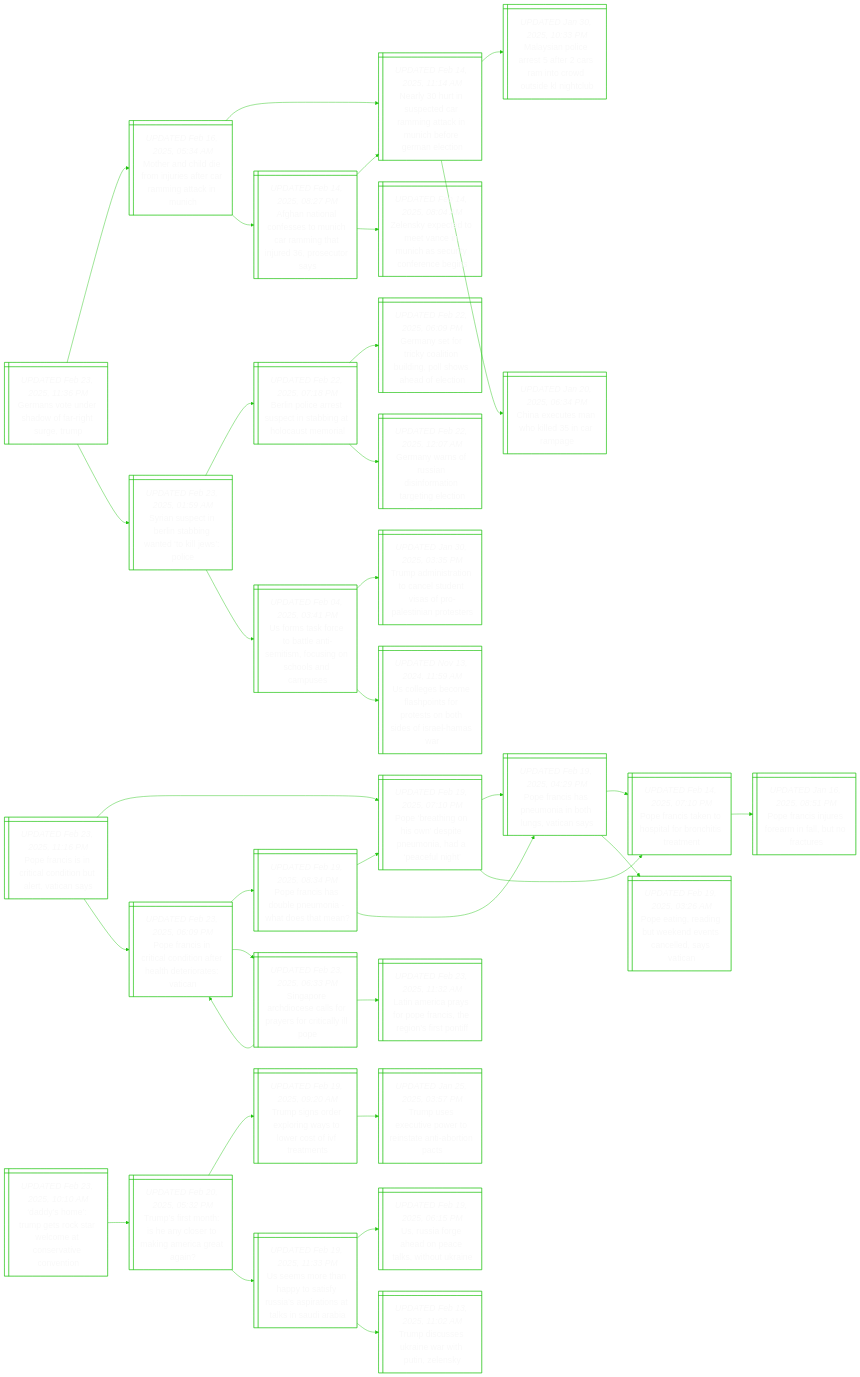
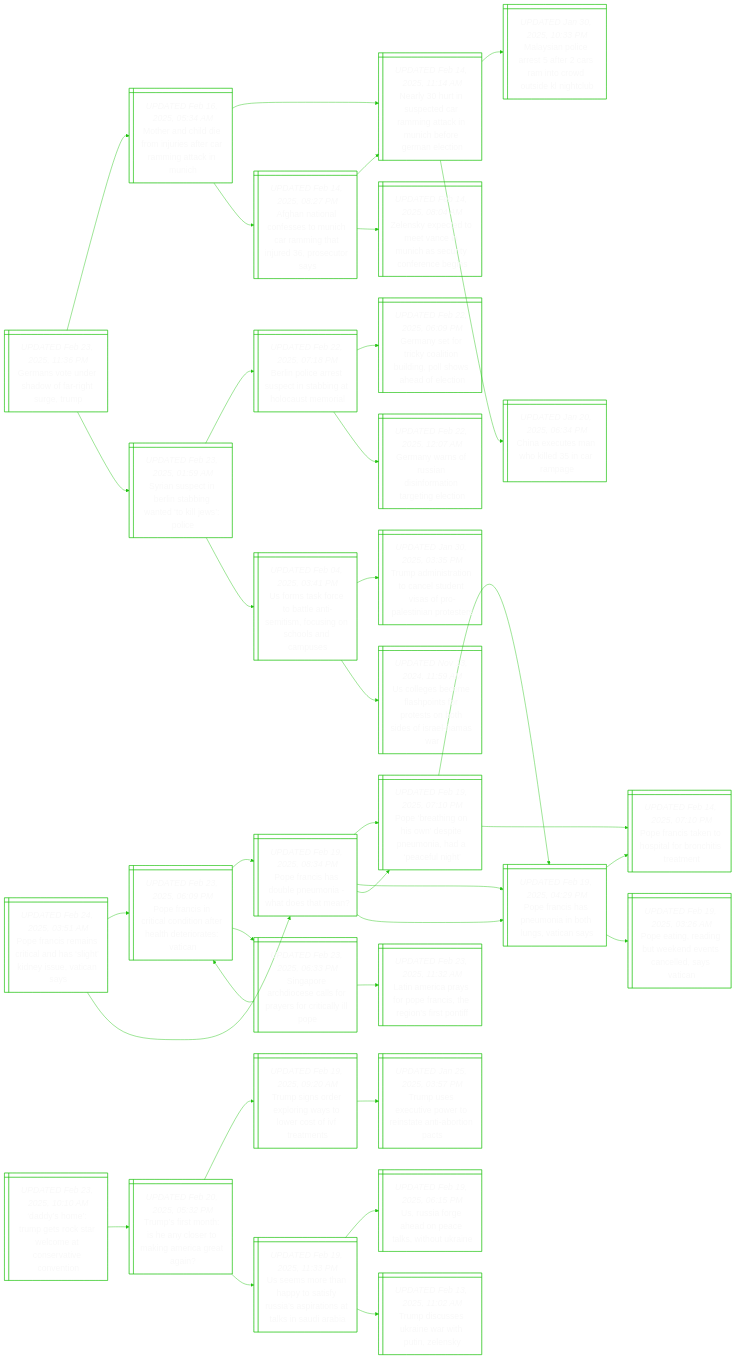
The diagram in README.md (notJmes/notJmes), drawn with Mermaid before and after one commit. The commit also changed other lines of this file, not shown here.

```diff
--- a/README.md
+++ b/README.md
@@ -62,20 +62,8 @@
 Umketnmmsnodu:::txtsize --> Taitoedifaips:::txtsize
 Umketnmmsnodu:::txtsize --> Ulbehtpsbifea:::txtsize
 
-PrsccnoaVas@{ shape: win-pane, label: "_UPDATED Feb 23, 2025, 11:16 PM_
-Pope francis is in critical condition but alert, vatican says" }
-Prihnieiaei@{ shape: win-pane, label: "_UPDATED Feb 19, 2025, 07:10 PM_
-Pope ‘breathing on his own’ despite pneumonia, had a ‘peaceful night’" }
-Prsnnbuan@{ shape: win-pane, label: "_UPDATED Feb 19, 2025, 04:29 PM_
-Pope francis has pneumonia in both lungs, vatican says" }
-Prsnslrire@{ shape: win-pane, label: "_UPDATED Feb 14, 2025, 07:10 PM_
-Pope francis taken to hospital for bronchitis treatment" }
-Parnwnnnesc@{ shape: win-pane, label: "_UPDATED Feb 19, 2025, 03:26 AM_
-Pope eating, reading but weekend events cancelled, says vatican" }
-Prsnslrire@{ shape: win-pane, label: "_UPDATED Feb 14, 2025, 07:10 PM_
-Pope francis taken to hospital for bronchitis treatment" }
-Prsrrilot@{ shape: win-pane, label: "_UPDATED Jan 16, 2025, 08:51 PM_
-Pope francis injures forearm in fall, but no fractures" }
+Prsiilagdsan@{ shape: win-pane, label: "_UPDATED Feb 24, 2025, 03:51 AM_
+Pope francis remains critical and has ‘slight’ kidney issue, vatican says" }
 Prsiliahhrtt@{ shape: win-pane, label: "_UPDATED Feb 23, 2025, 06:09 PM_
 Pope francis in critical condition after health deteriorates: vatican" }
 Prsopohet@{ shape: win-pane, label: "_UPDATED Feb 19, 2025, 08:34 PM_
@@ -90,20 +78,35 @@
 Pope francis in critical condition after health deteriorates: vatican" }
 LAcyPrsesti@{ shape: win-pane, label: "_UPDATED Feb 23, 2025, 11:32 AM_
 Latin america prays for pope francis, the region’s first pontiff" }
+Prsopohet@{ shape: win-pane, label: "_UPDATED Feb 19, 2025, 08:34 PM_
+Pope francis has double pneumonia - what does that mean?" }
+Prihnieiaei@{ shape: win-pane, label: "_UPDATED Feb 19, 2025, 07:10 PM_
+Pope ‘breathing on his own’ despite pneumonia, had a ‘peaceful night’" }
+Prsnnbuan@{ shape: win-pane, label: "_UPDATED Feb 19, 2025, 04:29 PM_
+Pope francis has pneumonia in both lungs, vatican says" }
+Prsnslrire@{ shape: win-pane, label: "_UPDATED Feb 14, 2025, 07:10 PM_
+Pope francis taken to hospital for bronchitis treatment" }
+Prsnnbuan@{ shape: win-pane, label: "_UPDATED Feb 19, 2025, 04:29 PM_
+Pope francis has pneumonia in both lungs, vatican says" }
+Prsnslrire@{ shape: win-pane, label: "_UPDATED Feb 14, 2025, 07:10 PM_
+Pope francis taken to hospital for bronchitis treatment" }
+Parnwnnnesc@{ shape: win-pane, label: "_UPDATED Feb 19, 2025, 03:26 AM_
+Pope eating, reading but weekend events cancelled, says vatican" }
 
-PrsccnoaVas:::txtsize --> Prihnieiaei:::txtsize
-Prihnieiaei:::txtsize --> Prsnnbuan:::txtsize
-Prsnnbuan:::txtsize --> Prsnslrire:::txtsize
-Prsnnbuan:::txtsize --> Parnwnnnesc:::txtsize
-Prihnieiaei:::txtsize --> Prsnslrire:::txtsize
-Prsnslrire:::txtsize --> Prsrrilot:::txtsize
-PrsccnoaVas:::txtsize --> Prsiliahhrtt:::txtsize
+Prsiilagdsan:::txtsize --> Prsiliahhrtt:::txtsize
 Prsiliahhrtt:::txtsize --> Prsopohet:::txtsize
 Prsopohet:::txtsize --> Prihnieiaei:::txtsize
 Prsopohet:::txtsize --> Prsnnbuan:::txtsize
 Prsiliahhrtt:::txtsize --> Sprocfafill:::txtsize
 Sprocfafill:::txtsize --> Prsiliahhrtt:::txtsize
 Sprocfafill:::txtsize --> LAcyPrsesti:::txtsize
+Prsiilagdsan:::txtsize --> Prsopohet:::txtsize
+Prsopohet:::txtsize --> Prihnieiaei:::txtsize
+Prihnieiaei:::txtsize --> Prsnnbuan:::txtsize
+Prihnieiaei:::txtsize --> Prsnslrire:::txtsize
+Prsopohet:::txtsize --> Prsnnbuan:::txtsize
+Prsnnbuan:::txtsize --> Prsnslrire:::txtsize
+Prsnnbuan:::txtsize --> Parnwnnnesc:::txtsize
 
 DsTgoacteini@{ shape: win-pane, label: "_UPDATED Feb 23, 2025, 10:10 AM_
 ‘daddy’s home’: trump gets rock star welcome at conservative convention" }
```
